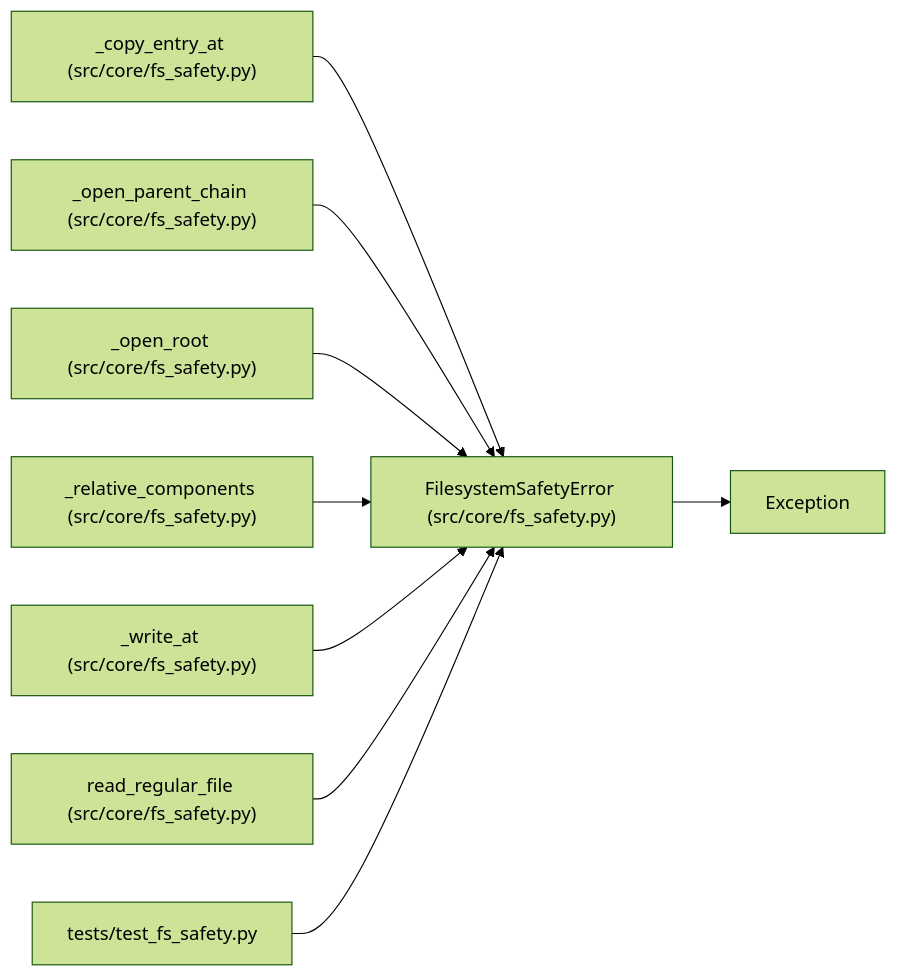
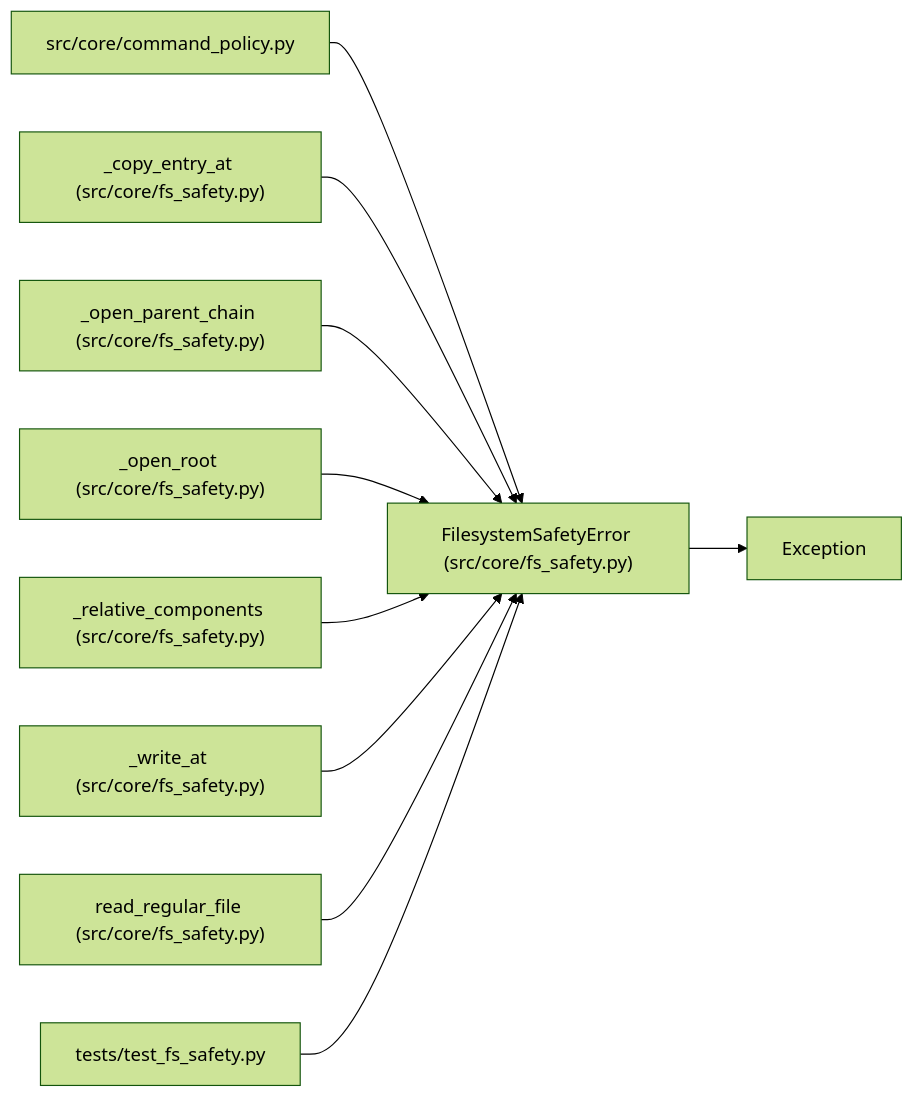
Before and after one commit to Denissvgn/autoresearch-agent: the diagram in docs/llm_wiki/entities/FilesystemSafetyError.md, drawn with Mermaid (forest theme). The commit also changed other lines of this file and 54 other files, not shown here.

````diff
--- a/docs/llm_wiki/entities/FilesystemSafetyError.md
+++ b/docs/llm_wiki/entities/FilesystemSafetyError.md
@@ -29,28 +29,31 @@
 ```mermaid
 flowchart LR
     n0["FilesystemSafetyError (src/core/fs_safety.py)"]
     n1["Exception"]
-    n2["_copy_entry_at (src/core/fs_safety.py)"]
-    n3["_open_parent_chain (src/core/fs_safety.py)"]
-    n4["_open_root (src/core/fs_safety.py)"]
-    n5["_relative_components (src/core/fs_safety.py)"]
-    n6["_write_at (src/core/fs_safety.py)"]
-    n7["read_regular_file (src/core/fs_safety.py)"]
-    n8["tests/test_fs_safety.py"]
+    n2["src/core/command_policy.py"]
+    n3["_copy_entry_at (src/core/fs_safety.py)"]
+    n4["_open_parent_chain (src/core/fs_safety.py)"]
+    n5["_open_root (src/core/fs_safety.py)"]
+    n6["_relative_components (src/core/fs_safety.py)"]
+    n7["_write_at (src/core/fs_safety.py)"]
+    n8["read_regular_file (src/core/fs_safety.py)"]
+    n9["tests/test_fs_safety.py"]
     n0 --> n1
     n2 --> n0
     n3 --> n0
     n4 --> n0
     n5 --> n0
     n6 --> n0
     n7 --> n0
     n8 --> n0
+    n9 --> n0
     click n0 "../modules/fs_safety.md"
-    click n2 "../modules/fs_safety.md"
+    click n2 "../modules/command_policy.md"
     click n3 "../modules/fs_safety.md"
     click n4 "../modules/fs_safety.md"
     click n5 "../modules/fs_safety.md"
     click n6 "../modules/fs_safety.md"
     click n7 "../modules/fs_safety.md"
-    click n8 "../modules/test_fs_safety.md"
+    click n8 "../modules/fs_safety.md"
+    click n9 "../modules/test_fs_safety.md"
 ```
````
